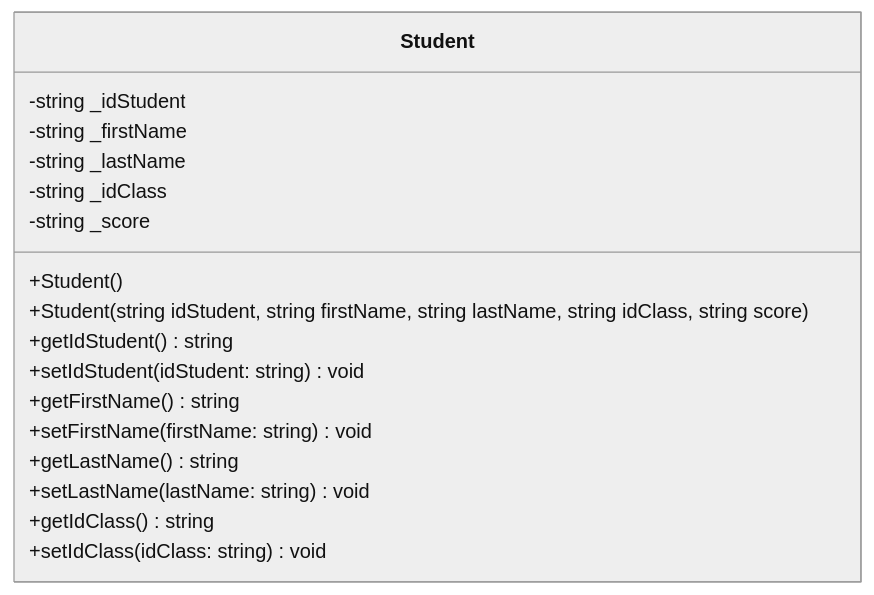
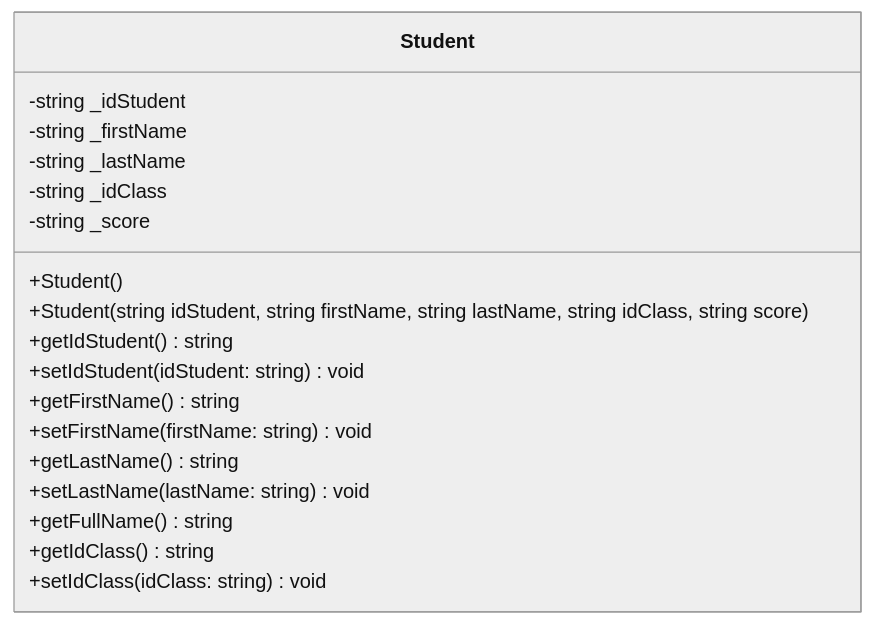
One commit to Phunguy65/StudentManagementApp changed the diagram in docs/Features.md. Above: the diagram before and after it, drawn with Mermaid (neutral theme). The commit also changed other lines of this file and 1 other file, not shown here.

````diff
--- a/docs/Features.md
+++ b/docs/Features.md
@@ -32,20 +32,21 @@
   ```mermaid
   classDiagram
     class Student {
       -string _idStudent
       -string _firstName
       -string _lastName
       -string _idClass
       -string  _score
       +Student()
       +Student(string idStudent, string firstName, string lastName, string idClass, string score)
       +getIdStudent() string
       +setIdStudent(idStudent: string) void
       +getFirstName() string
       +setFirstName(firstName: string) void
       +getLastName() string
       +setLastName(lastName: string) void
+      +getFullName() string
       +getIdClass() string
       +setIdClass(idClass: string) void
     }
   ```
````
